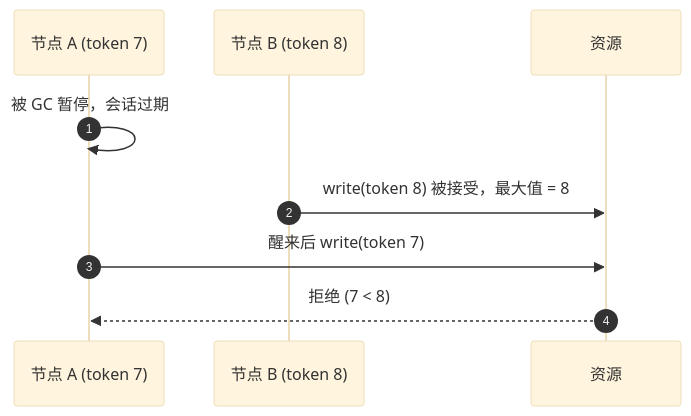
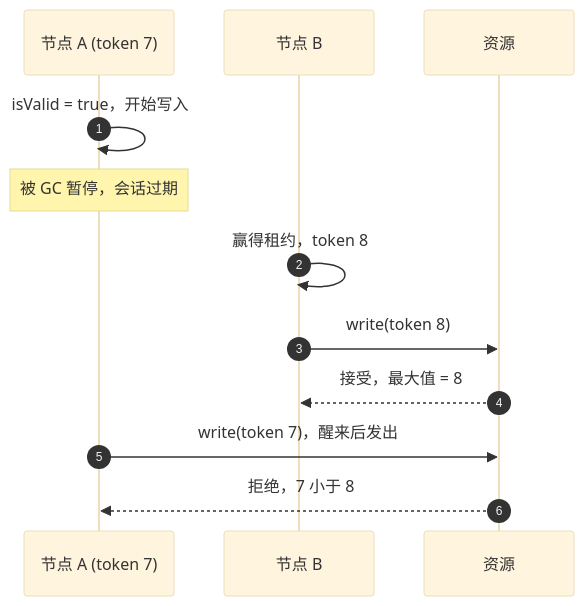
The diagram in wiki/zh/guide/correctness.md (Ahoo-Wang/Simba), drawn with Mermaid (base theme) before and after one commit. The commit also changed other lines of this file and 49 other files, not shown here.

First line of the commit message:
docs(wiki): rewrite the docs from first principles; render Mermaid as CoCache does (#652)

````diff
--- a/wiki/zh/guide/correctness.md
+++ b/wiki/zh/guide/correctness.md
@@ -129,11 +15,14 @@
 ```mermaid
 sequenceDiagram
-autonumber
+    autonumber
     participant A as 节点 A (token 7)
-    participant B as 节点 B (token 8)
+    participant B as 节点 B
     participant R as 资源
-    A->>A: 被 GC 暂停，会话过期
-    B->>R: write(token 8) 被接受，最大值 = 8
-    A->>R: 醒来后 write(token 7)
-    R-->>A: 拒绝 (7 < 8)
+    A->>A: isValid = true，开始写入
+    Note over A: 被 GC 暂停，会话过期
+    B->>B: 赢得租约，token 8
+    B->>R: write(token 8)
+    R-->>B: 接受，最大值 = 8
+    A->>R: write(token 7)，醒来后发出
+    R-->>A: 拒绝，7 小于 8
 ```
````
